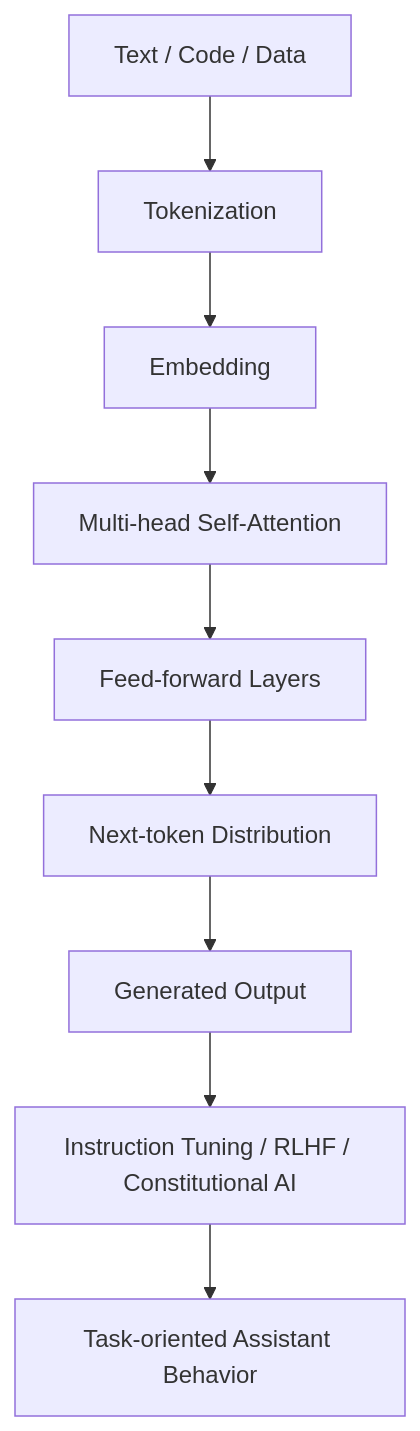
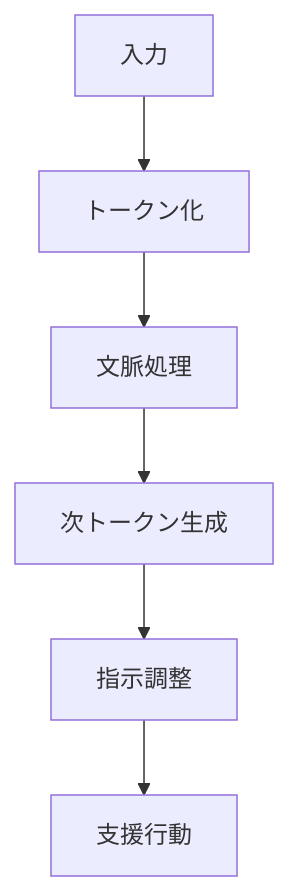
The third of 13 diagrams in src/content/blog/ai-llm-ontology-memory.mdx (daylight55/research), drawn with Mermaid before and after one commit. The commit also changed other lines of this file and 20 other files, not shown here.

Commit message:
Mermaid図の表示サイズを調整

````diff
--- a/src/content/blog/ai-llm-ontology-memory.mdx
+++ b/src/content/blog/ai-llm-ontology-memory.mdx
@@ -124,11 +122,8 @@
 ```mermaid
 flowchart TD
-  T["Text / Code / Data"] --> Tok["Tokenization"]
-  Tok --> Emb["Embedding"]
-  Emb --> Attn["Multi-head Self-Attention"]
-  Attn --> FFN["Feed-forward Layers"]
-  FFN --> Logits["Next-token Distribution"]
-  Logits --> Out["Generated Output"]
-  Out --> Align["Instruction Tuning / RLHF / Constitutional AI"]
-  Align --> Use["Task-oriented Assistant Behavior"]
+  T["入力"] --> Tok["トークン化"]
+  Tok --> Attn["文脈処理"]
+  Attn --> Out["次トークン生成"]
+  Out --> Align["指示調整"]
+  Align --> Use["支援行動"]
 ```
````
